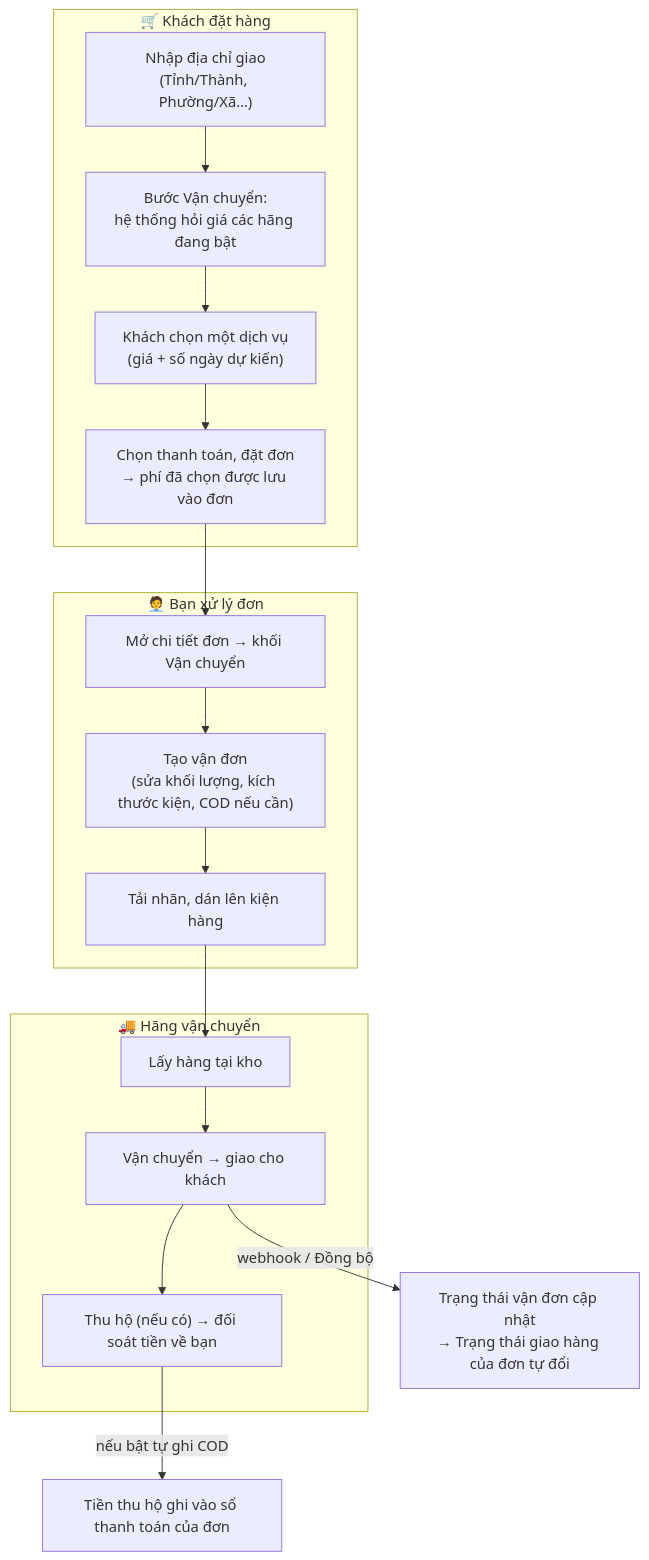
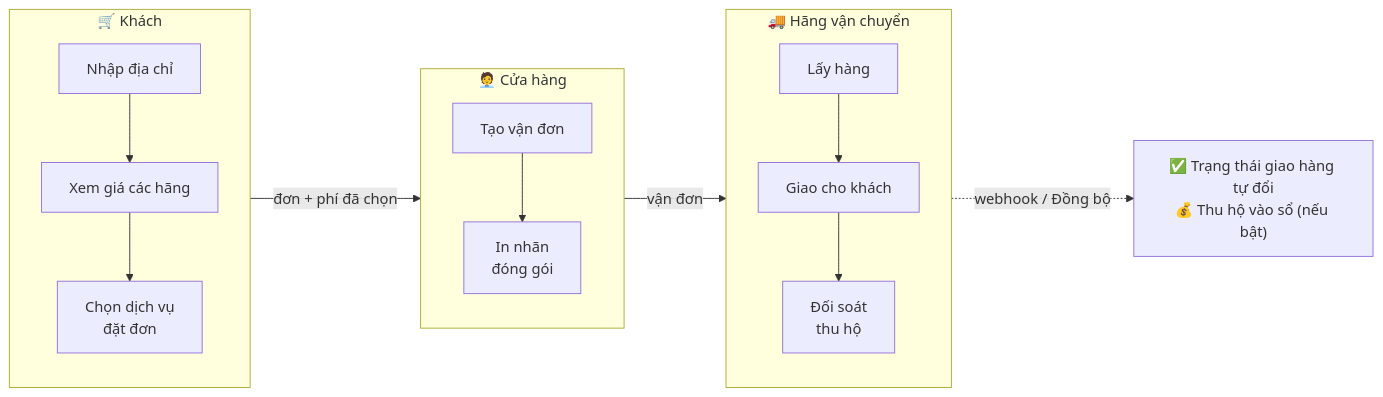
Before and after one commit to gp247net/gp247-docs: the first of 3 diagrams in s-cart/shipping/shipping_vi.md, drawn with Mermaid. The commit also changed other lines of this file and 3 other files, not shown here.

First line of the commit message:
docs(s-cart): compact left-to-right overview charts for shipping and payment

````diff
--- a/s-cart/shipping/shipping_vi.md
+++ b/s-cart/shipping/shipping_vi.md
@@ -33,20 +33,18 @@
 ```mermaid
-flowchart TD
-    subgraph KH["🛒 Khách đặt hàng"]
-        A1["Nhập địa chỉ giao<br/>(Tỉnh/Thành, Phường/Xã…)"] --> A2["Bước Vận chuyển:<br/>hệ thống hỏi giá các hãng đang bật"]
-        A2 --> A3["Khách chọn một dịch vụ<br/>(giá + số ngày dự kiến)"]
-        A3 --> A4["Chọn thanh toán, đặt đơn<br/>→ phí đã chọn được lưu vào đơn"]
+flowchart LR
+    subgraph KH["🛒 Khách"]
+        direction TB
+        A1["Nhập địa chỉ"] --> A2["Xem giá các hãng"] --> A3["Chọn dịch vụ<br/>đặt đơn"]
     end
-    subgraph AD["🧑‍💼 Bạn xử lý đơn"]
-        B1["Mở chi tiết đơn → khối Vận chuyển"] --> B2["Tạo vận đơn<br/>(sửa khối lượng, kích thước kiện, COD nếu cần)"]
-        B2 --> B3["Tải nhãn, dán lên kiện hàng"]
+    subgraph CH["🧑‍💼 Cửa hàng"]
+        direction TB
+        B1["Tạo vận đơn"] --> B2["In nhãn<br/>đóng gói"]
     end
-    subgraph H["🚚 Hãng vận chuyển"]
-        C1["Lấy hàng tại kho"] --> C2["Vận chuyển → giao cho khách"]
-        C2 --> C3["Thu hộ (nếu có) → đối soát tiền về bạn"]
+    subgraph HG["🚚 Hãng vận chuyển"]
+        direction TB
+        C1["Lấy hàng"] --> C2["Giao cho khách"] --> C3["Đối soát<br/>thu hộ"]
     end
-    A4 --> B1
-    B3 --> C1
-    C2 -- "webhook / Đồng bộ" --> D1["Trạng thái vận đơn cập nhật<br/>→ Trạng thái giao hàng của đơn tự đổi"]
-    C3 -- "nếu bật tự ghi COD" --> D2["Tiền thu hộ ghi vào sổ thanh toán của đơn"]
+    KH -- "đơn + phí đã chọn" --> CH
+    CH -- "vận đơn" --> HG
+    HG -. "webhook / Đồng bộ" .-> KQ["✅ Trạng thái giao hàng tự đổi<br/>💰 Thu hộ vào sổ (nếu bật)"]
 ```
````
